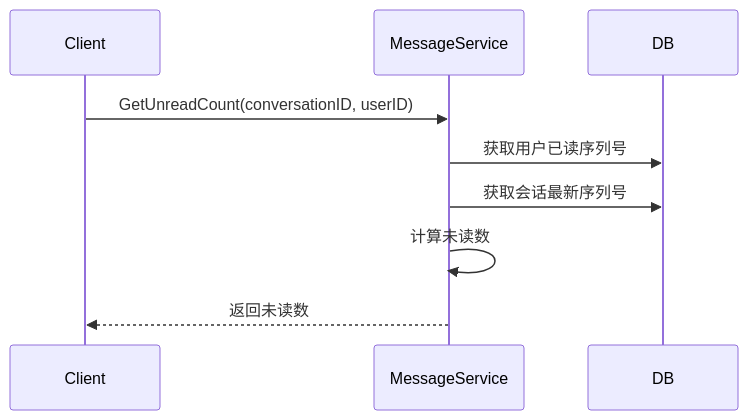
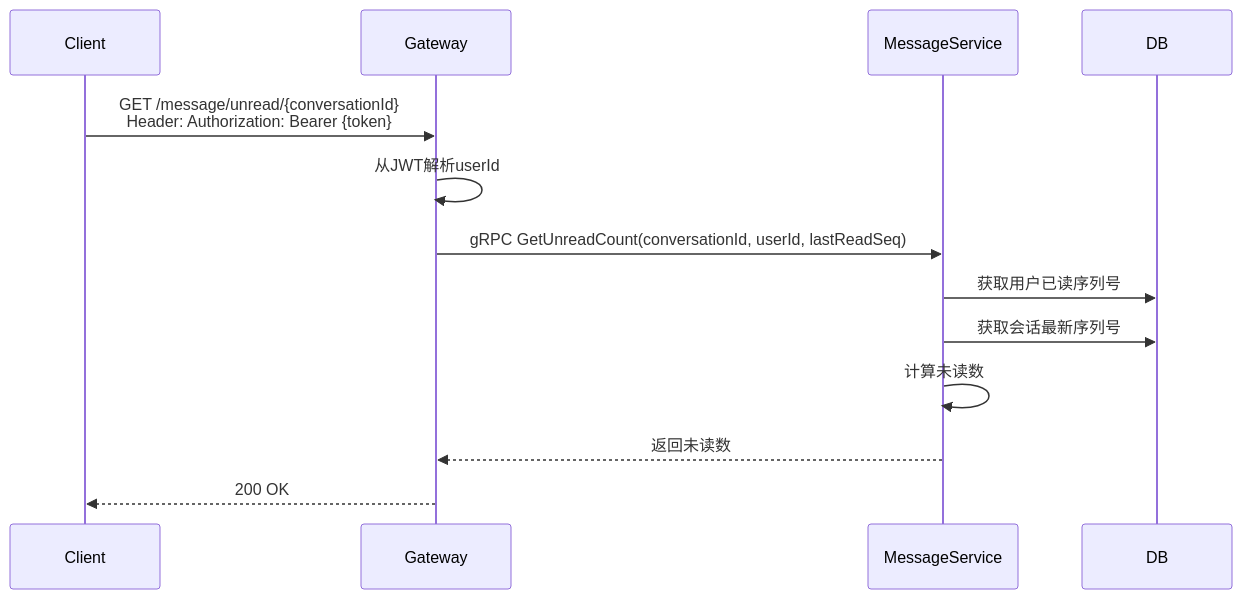
One commit to yzhgit/anychat-server changed the second of 3 diagrams in docs/design/message/read-receipt.md. Above: the diagram before and after it, drawn with Mermaid. The commit also changed other lines of this file and 30 other files, not shown here.

First line of the commit message:
docs: 更新设计文档时序图，添加Gateway和NATS参与者

````diff
--- a/docs/design/message/read-receipt.md
+++ b/docs/design/message/read-receipt.md
@@ -47,12 +52,16 @@
 ```mermaid
 sequenceDiagram
     participant Client
+    participant Gateway
     participant MessageService
     participant DB
 
-    Client->>MessageService: GetUnreadCount(conversationID, userID)
+    Client->>Gateway: GET /message/unread/{conversationId}<br/>Header: Authorization: Bearer {token}
+    Gateway->>Gateway: 从JWT解析userId
+    Gateway->>MessageService: gRPC GetUnreadCount(conversationId, userId, lastReadSeq)
     MessageService->>DB: 获取用户已读序列号
     MessageService->>DB: 获取会话最新序列号
     MessageService->>MessageService: 计算未读数
-    MessageService-->>Client: 返回未读数
+    MessageService-->>Gateway: 返回未读数
+    Gateway-->>Client: 200 OK
 ```
````
